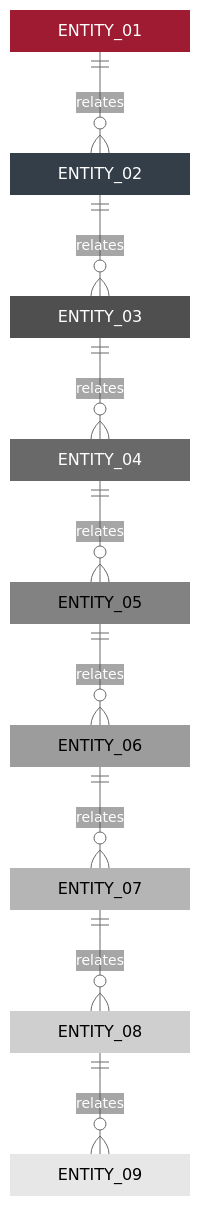
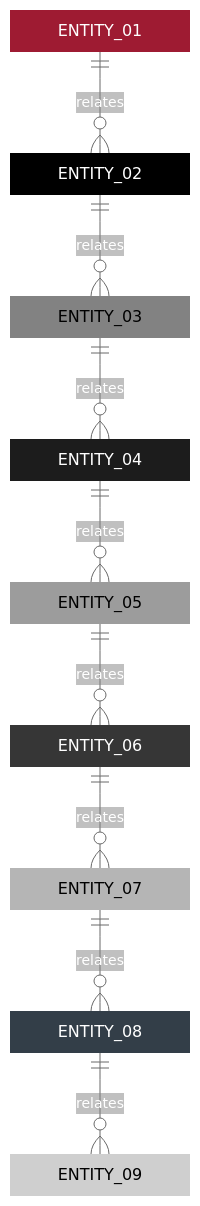
One commit to gvillarroel/skills changed the diagram in skills/mermaid/assets/examples/mermaid-max-complexity/source/colorset1/er.mmd. Above: the diagram before and after it, drawn with Mermaid. The commit also changed 590 other files, not shown here.

```diff
--- a/skills/mermaid/assets/examples/mermaid-max-complexity/source/colorset1/er.mmd
+++ b/skills/mermaid/assets/examples/mermaid-max-complexity/source/colorset1/er.mmd
@@ -1,70 +1,70 @@
 ---
 # mermaid: config begin
 config:
   theme: "base"
   themeVariables:
     background: "#ffffff"
     primaryColor: "#9e1b32"
     primaryTextColor: "#ffffff"
     primaryBorderColor: "#9e1b32"
-    secondaryColor: "#333e48"
+    secondaryColor: "#000000"
     secondaryTextColor: "#ffffff"
-    secondaryBorderColor: "#333e48"
-    tertiaryColor: "#4f4f4f"
-    tertiaryTextColor: "#ffffff"
-    tertiaryBorderColor: "#4f4f4f"
+    secondaryBorderColor: "#000000"
+    tertiaryColor: "#828282"
+    tertiaryTextColor: "#000000"
+    tertiaryBorderColor: "#828282"
     lineColor: "#696969"
     textColor: "#333e48"
     mainBkg: "#9e1b32"
     nodeBkg: "#9e1b32"
     nodeBorder: "#9e1b32"
     clusterBkg: "#e7e7e7"
     clusterBorder: "#9c9c9c"
     defaultLinkColor: "#696969"
     edgeLabelBackground: "#ffffff"
     labelColor: "#ffffff"
     titleColor: "#333e48"
   themeCSS: ".node > rect, .node > circle, .node > ellipse, .node > polygon, .node > path, rect.actor, .note, .task, .task0, .task1, .task2, .task3 { stroke-width: 0 !important; }"
   er:
     minEntityWidth: 180
     rankSpacing: 80
     entityPadding: 6
     diagramPadding: 6
     nodeSpacing: 60
 # mermaid: config end
 # mermaid: metadata begin
 mermaid:
   colorset: "colorset1"
   mode: "standard"
   palette: "basic-red-neutral-style"
 # mermaid: metadata end
 ---
 erDiagram
   accTitle: Entity Relationship maximum complexity showcase
   accDescr: Nine entities form eight ordered one-to-many relationships and expose every semantic class available to the styler.
   ENTITY_01 ||--o{ ENTITY_02 : relates
   ENTITY_02 ||--o{ ENTITY_03 : relates
   ENTITY_03 ||--o{ ENTITY_04 : relates
   ENTITY_04 ||--o{ ENTITY_05 : relates
   ENTITY_05 ||--o{ ENTITY_06 : relates
   ENTITY_06 ||--o{ ENTITY_07 : relates
   ENTITY_07 ||--o{ ENTITY_08 : relates
   ENTITY_08 ||--o{ ENTITY_09 : relates
   class ENTITY_01 csPrimary
   class ENTITY_02 csAccent
   class ENTITY_03 csMuted
   class ENTITY_04 csCritical
   class ENTITY_05 csWarning
   class ENTITY_06 csSuccess
   class ENTITY_07 csInfo
   class ENTITY_08 csSpecial
   class ENTITY_09 csNeutral
   classDef csPrimary fill:#9e1b32,stroke:none,color:#ffffff,stroke-width:0px;
-  classDef csAccent fill:#333e48,stroke:none,color:#ffffff,stroke-width:0px;
-  classDef csMuted fill:#4f4f4f,stroke:none,color:#ffffff,stroke-width:0px;
-  classDef csCritical fill:#696969,stroke:none,color:#ffffff,stroke-width:0px;
-  classDef csWarning fill:#828282,stroke:none,color:#000000,stroke-width:0px;
-  classDef csSuccess fill:#9c9c9c,stroke:none,color:#000000,stroke-width:0px;
+  classDef csAccent fill:#000000,stroke:none,color:#ffffff,stroke-width:0px;
+  classDef csMuted fill:#828282,stroke:none,color:#000000,stroke-width:0px;
+  classDef csCritical fill:#1c1c1c,stroke:none,color:#ffffff,stroke-width:0px;
+  classDef csWarning fill:#9c9c9c,stroke:none,color:#000000,stroke-width:0px;
+  classDef csSuccess fill:#363636,stroke:none,color:#ffffff,stroke-width:0px;
   classDef csInfo fill:#b5b5b5,stroke:none,color:#000000,stroke-width:0px;
-  classDef csSpecial fill:#cfcfcf,stroke:none,color:#000000,stroke-width:0px;
-  classDef csNeutral fill:#e7e7e7,stroke:none,color:#000000,stroke-width:0px;
+  classDef csSpecial fill:#333e48,stroke:none,color:#ffffff,stroke-width:0px;
+  classDef csNeutral fill:#cfcfcf,stroke:none,color:#000000,stroke-width:0px;
```
